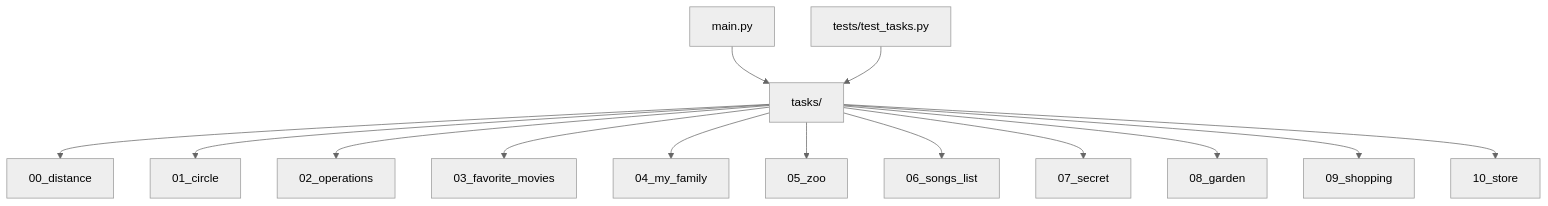
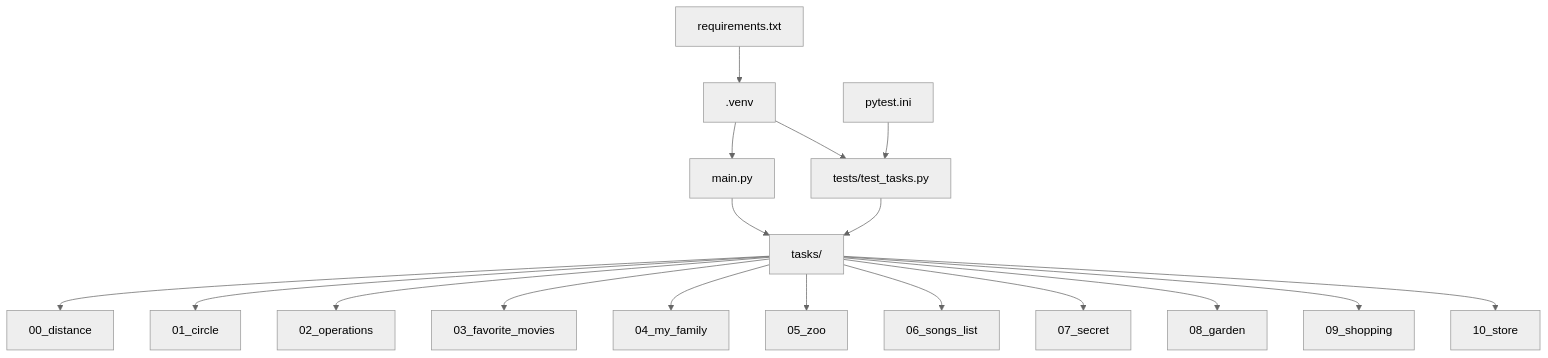
Before and after one commit to HolograficDev/semester3_python_lab1: the diagram in README.md, drawn with Mermaid (neutral theme).

````diff
--- a/README.md
+++ b/README.md
@@ -47,17 +47,20 @@
 ```mermaid
 flowchart TD
-    A[main.py] --> T[tasks/]
-    B[tests/test_tasks.py] --> T
-
+    R[requirements.txt] --> V[.venv]
+    V --> M[main.py]
+    V --> P[tests/test_tasks.py]
+    C[pytest.ini] --> P
+    M --> T[tasks/]
+    P --> T
     T --> T1[00_distance]
     T --> T2[01_circle]
     T --> T3[02_operations]
     T --> T4[03_favorite_movies]
     T --> T5[04_my_family]
     T --> T6[05_zoo]
     T --> T7[06_songs_list]
     T --> T8[07_secret]
     T --> T9[08_garden]
     T --> T10[09_shopping]
     T --> T11[10_store]
 ```
````
